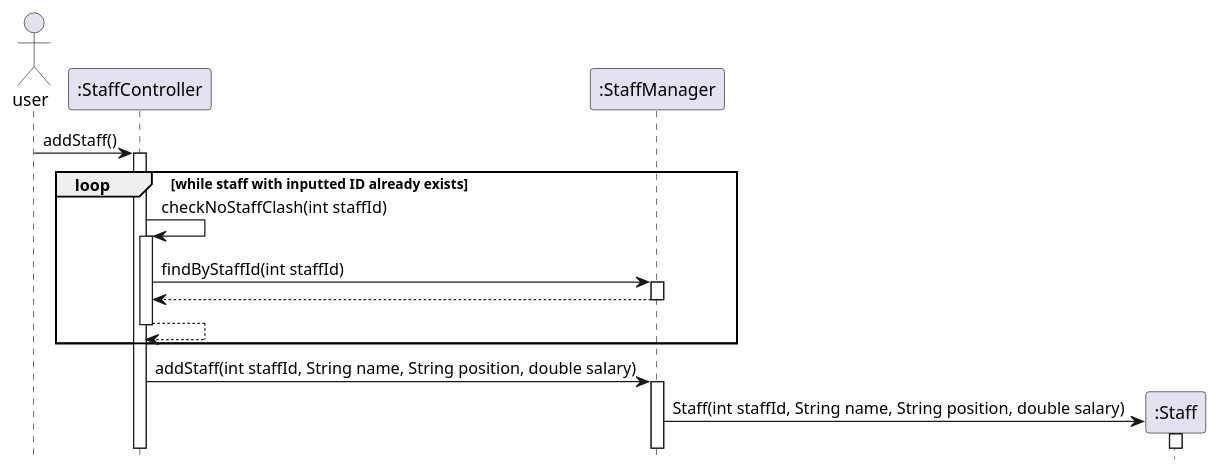
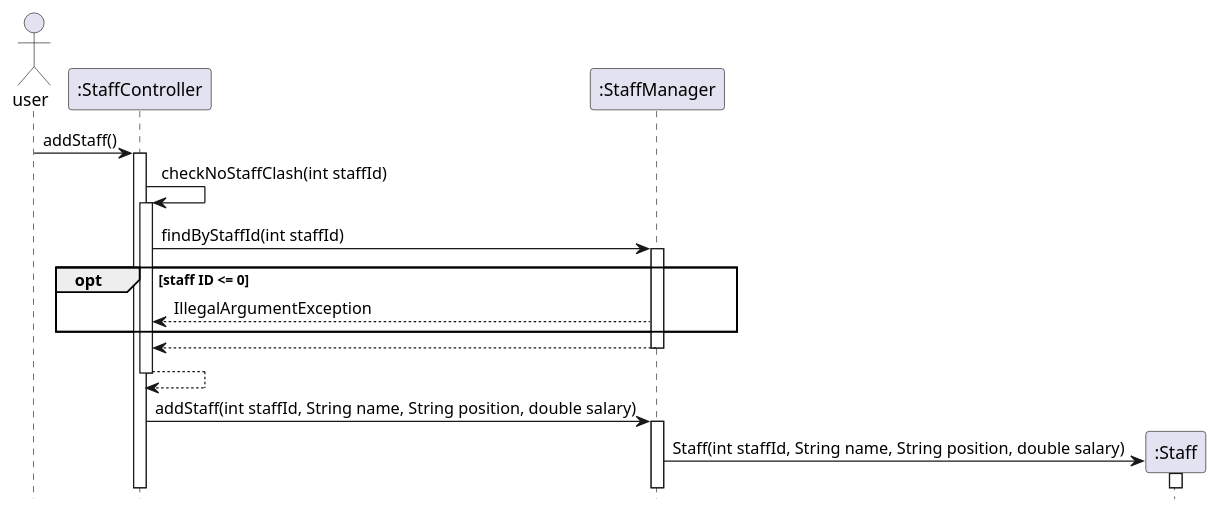
Before and after one commit to nus-cs2113-AY2122S2/tp: the diagram in docs/uml/sequence/StaffManager_addStaff.puml, drawn with PlantUML. The commit also changed 28 other files, not shown here.

```diff
--- a/docs/uml/sequence/StaffManager_addStaff.puml
+++ b/docs/uml/sequence/StaffManager_addStaff.puml
@@ -1,32 +1,35 @@
 @startuml
 'https://plantuml.com/sequence-diagram
 
 hide footbox
 
 actor user
 participant ":StaffController" as staffcontroller
 participant ":StaffManager" as staffmanager
 participant ":Staff" as staff
 
 
 user -> staffcontroller: addStaff()
 activate staffcontroller
 
-group loop [while staff with inputted ID already exists]
 staffcontroller -> staffcontroller: checkNoStaffClash(int staffId)
 activate staffcontroller
 staffcontroller -> staffmanager: findByStaffId(int staffId)
 activate staffmanager
+
+opt staff ID <= 0
+staffmanager --> staffcontroller: IllegalArgumentException
+end
+
 staffmanager --> staffcontroller
 deactivate staffmanager
 staffcontroller --> staffcontroller
 deactivate staffcontroller
-end
 
 staffcontroller -> staffmanager: addStaff(int staffId, String name, String position, double salary)
 activate staffmanager
 
 staffmanager -> staff ** : Staff(int staffId, String name, String position, double salary)
 activate staff
 
 @enduml
```
